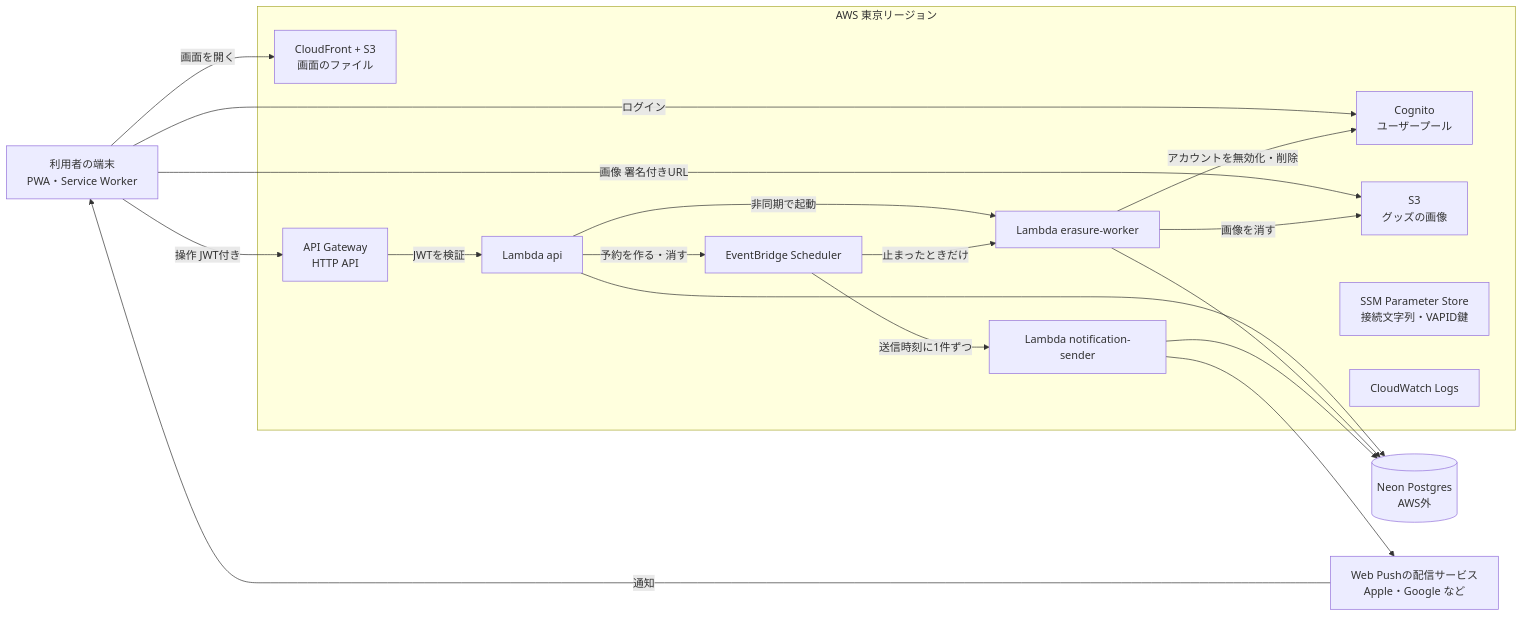
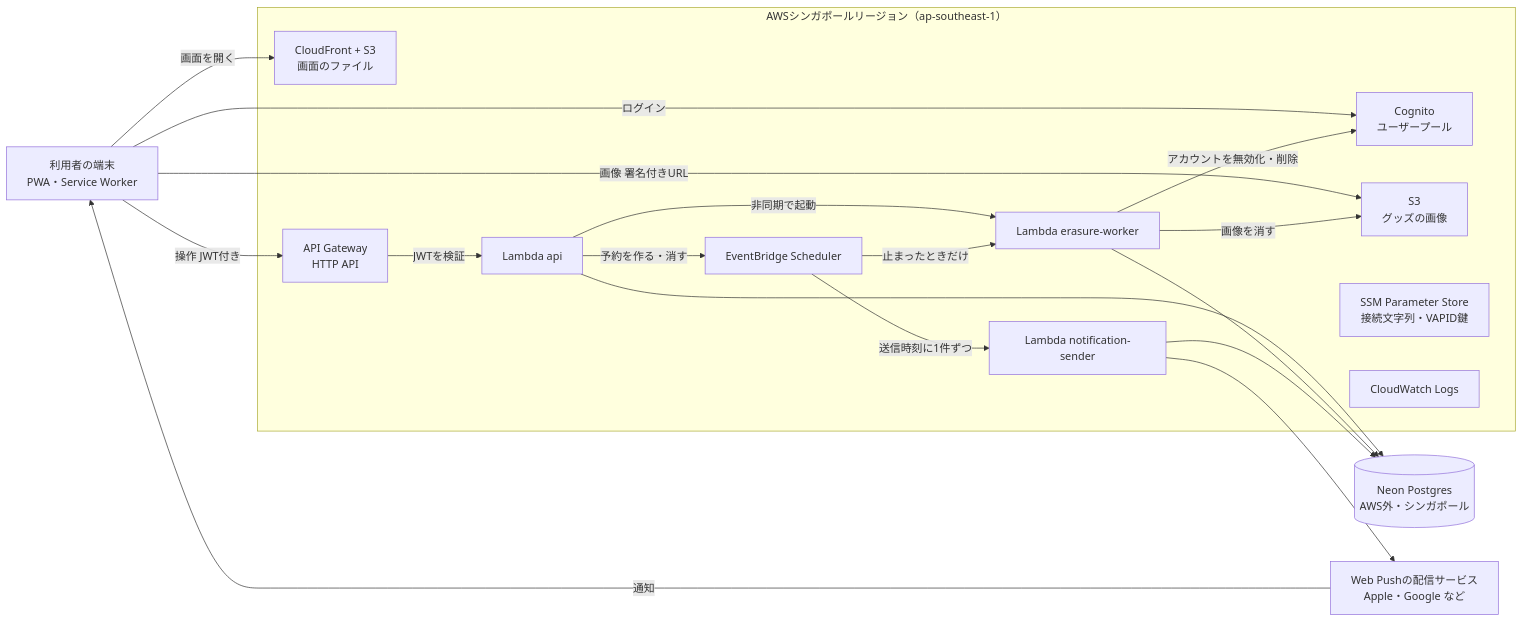
The diagram in docs/architecture.md (oze-xxbumpxx/yoin), drawn with Mermaid before and after one commit. The commit also changed other lines of this file and 10 other files, not shown here.

````diff
--- a/docs/architecture.md
+++ b/docs/architecture.md
@@ -13,35 +13,35 @@
 ```mermaid
 flowchart LR
   device[利用者の端末<br>PWA・Service Worker]
-  subgraph aws[AWS 東京リージョン]
+  subgraph aws[AWSシンガポールリージョン（ap-southeast-1）]
     cf[CloudFront + S3<br>画面のファイル]
     cognito[Cognito<br>ユーザープール]
     apigw[API Gateway<br>HTTP API]
     api[Lambda api]
     worker[Lambda erasure-worker]
     sender[Lambda notification-sender]
     sched[EventBridge Scheduler]
     img[S3<br>グッズの画像]
     ssm[SSM Parameter Store<br>接続文字列・VAPID鍵]
     logs[CloudWatch Logs]
   end
-  neon[(Neon Postgres<br>AWS外)]
+  neon[(Neon Postgres<br>AWS外・シンガポール)]
   push[Web Pushの配信サービス<br>Apple・Google など]
 
   device -->|画面を開く| cf
   device -->|ログイン| cognito
   device -->|操作 JWT付き| apigw
   device -->|画像 署名付きURL| img
   apigw -->|JWTを検証| api
   api -->|非同期で起動| worker
   api -->|予約を作る・消す| sched
   sched -->|止まったときだけ| worker
   sched -->|送信時刻に1件ずつ| sender
   api --> neon
   worker --> neon
   sender --> neon
   worker -->|画像を消す| img
   worker -->|アカウントを無効化・削除| cognito
   sender --> push
   push -->|通知| device
 ```
````
